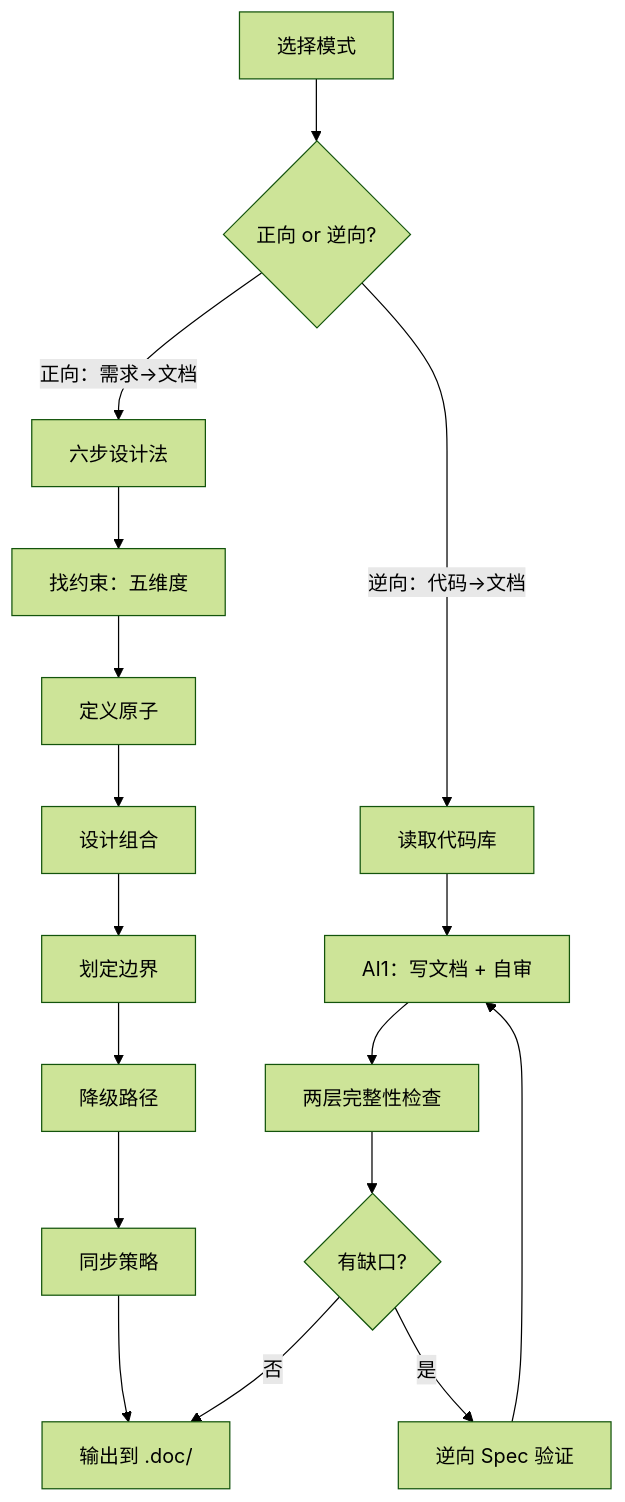
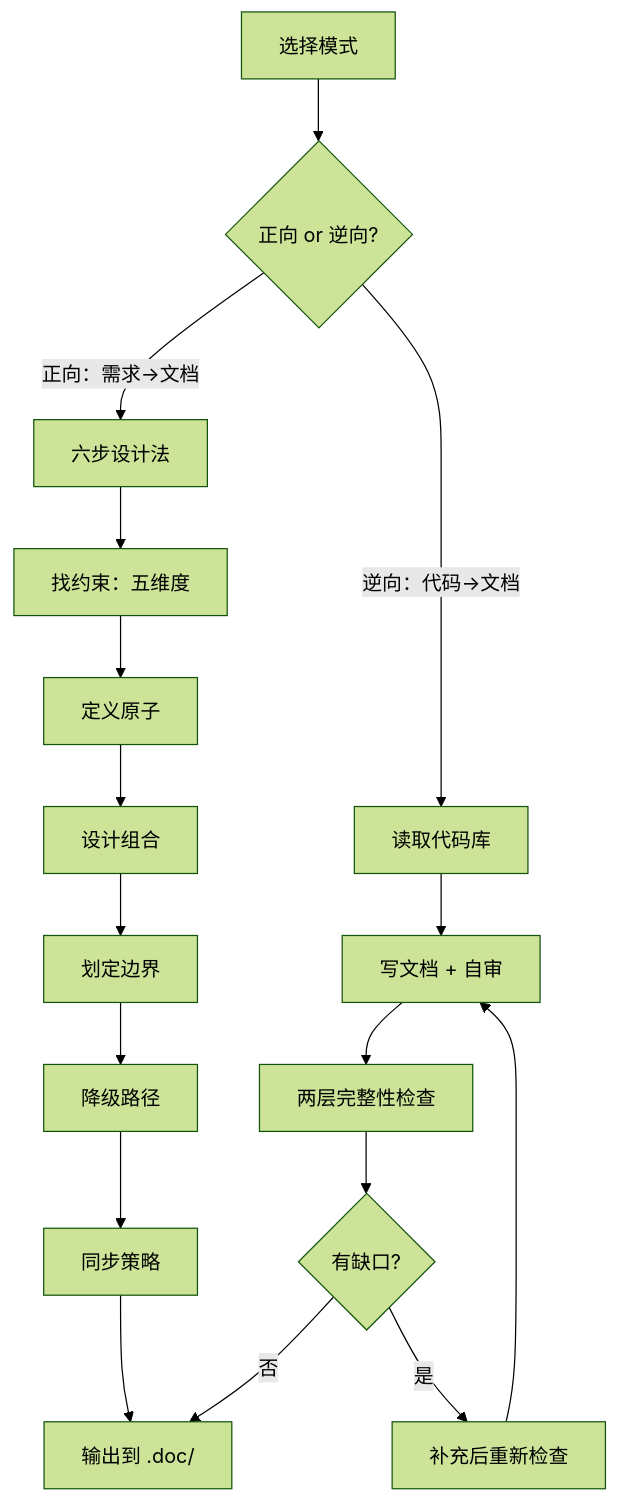
Before and after one commit to ssdiwu/diwu-workflow: the fourth of 4 diagrams in README.md, drawn with Mermaid (forest theme). The commit also changed other lines of this file, not shown here.

````diff
--- a/README.md
+++ b/README.md
@@ -249,21 +263,21 @@
 ```mermaid
 flowchart TD
     A[选择模式] --> B{正向 or 逆向?}
 
     B -->|正向：需求→文档| C[六步设计法]
     C --> C1[找约束：五维度]
     C1 --> C2[定义原子]
     C2 --> C3[设计组合]
     C3 --> C4[划定边界]
     C4 --> C5[降级路径]
     C5 --> C6[同步策略]
     C6 --> Out[输出到 .doc/]
 
     B -->|逆向：代码→文档| D[读取代码库]
-    D --> E[AI1：写文档 + 自审]
+    D --> E[写文档 + 自审]
     E --> F[两层完整性检查]
     F --> G{有缺口?}
-    G -->|是| H[逆向 Spec 验证]
+    G -->|是| H[补充后重新检查]
     H --> E
     G -->|否| Out
 ```
````
